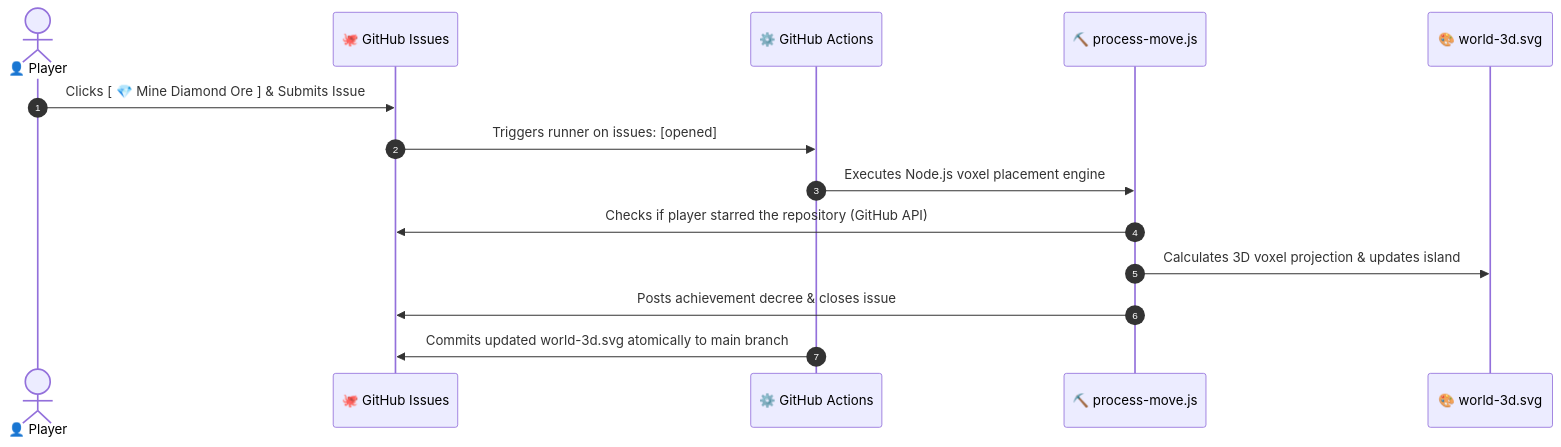
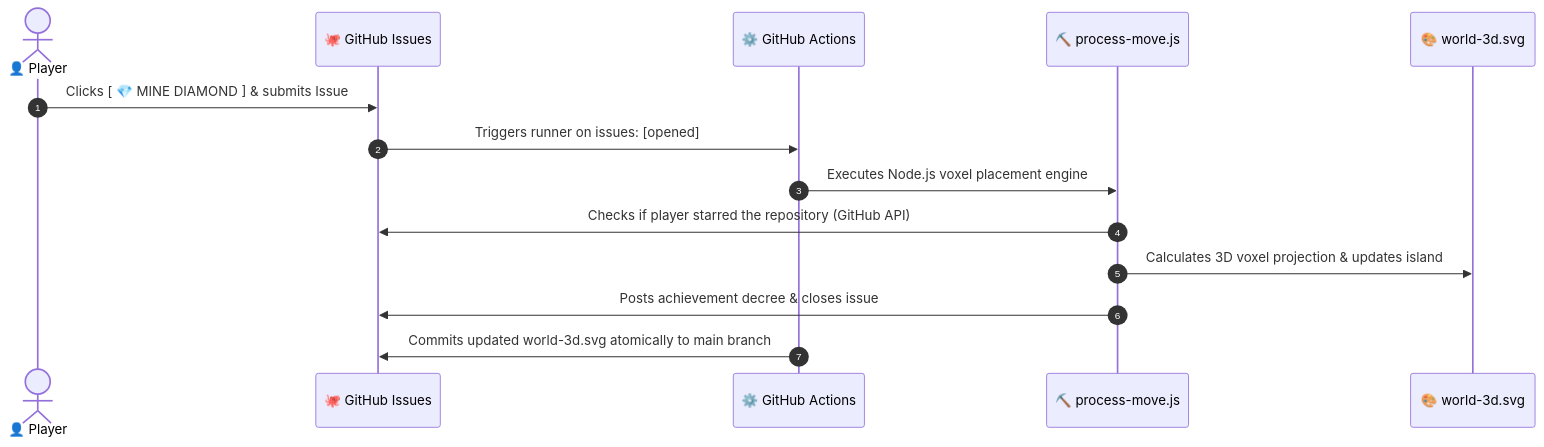
Before and after one commit to mo-farooq/skyblock: the diagram in README.md, drawn with Mermaid. The commit also changed other lines of this file and 2 other files, not shown here.

````diff
--- a/README.md
+++ b/README.md
@@ -39,17 +41,17 @@
 ```mermaid
 sequenceDiagram
     autonumber
     actor Visitor as 👤 Player
     participant GH as 🐙 GitHub Issues
     participant Action as ⚙️ GitHub Actions
     participant Engine as ⛏️ process-move.js
     participant SVG as 🎨 world-3d.svg
 
-    Visitor->>GH: Clicks [ 💎 Mine Diamond Ore ] & Submits Issue
+    Visitor->>GH: Clicks [ 💎 MINE DIAMOND ] & submits Issue
     GH->>Action: Triggers runner on issues: [opened]
     Action->>Engine: Executes Node.js voxel placement engine
     Engine->>GH: Checks if player starred the repository (GitHub API)
     Engine->>SVG: Calculates 3D voxel projection & updates island
     Engine->>GH: Posts achievement decree & closes issue
     Action->>GH: Commits updated world-3d.svg atomically to main branch
 ```
````
